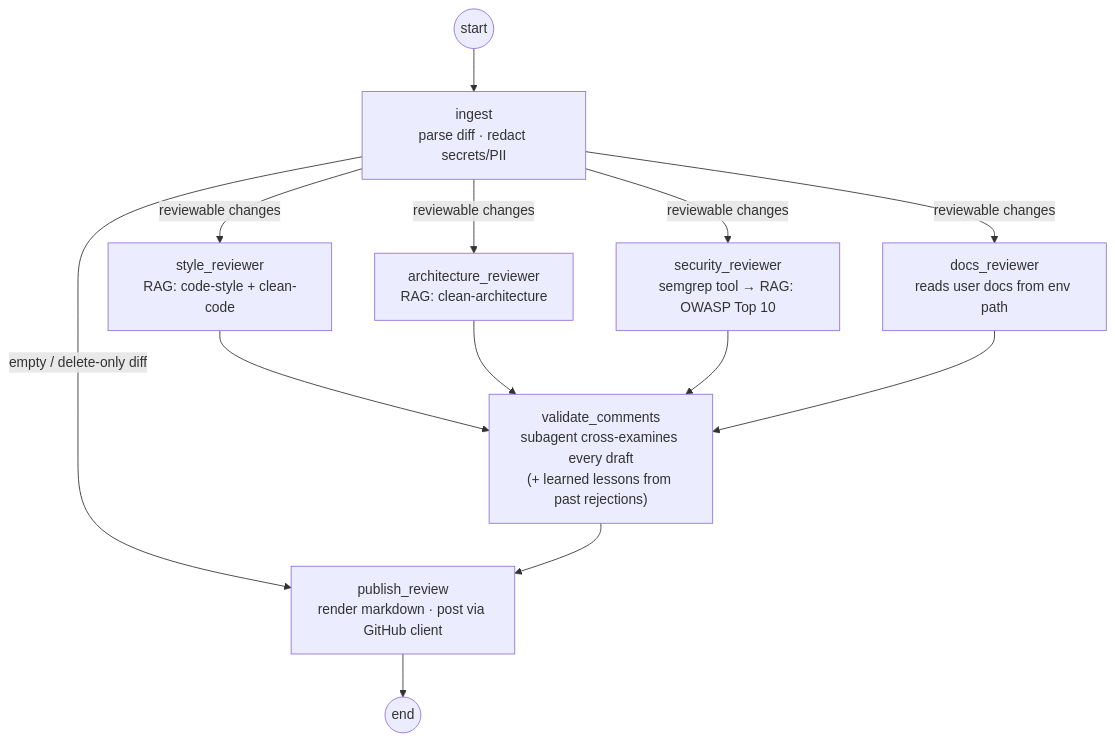
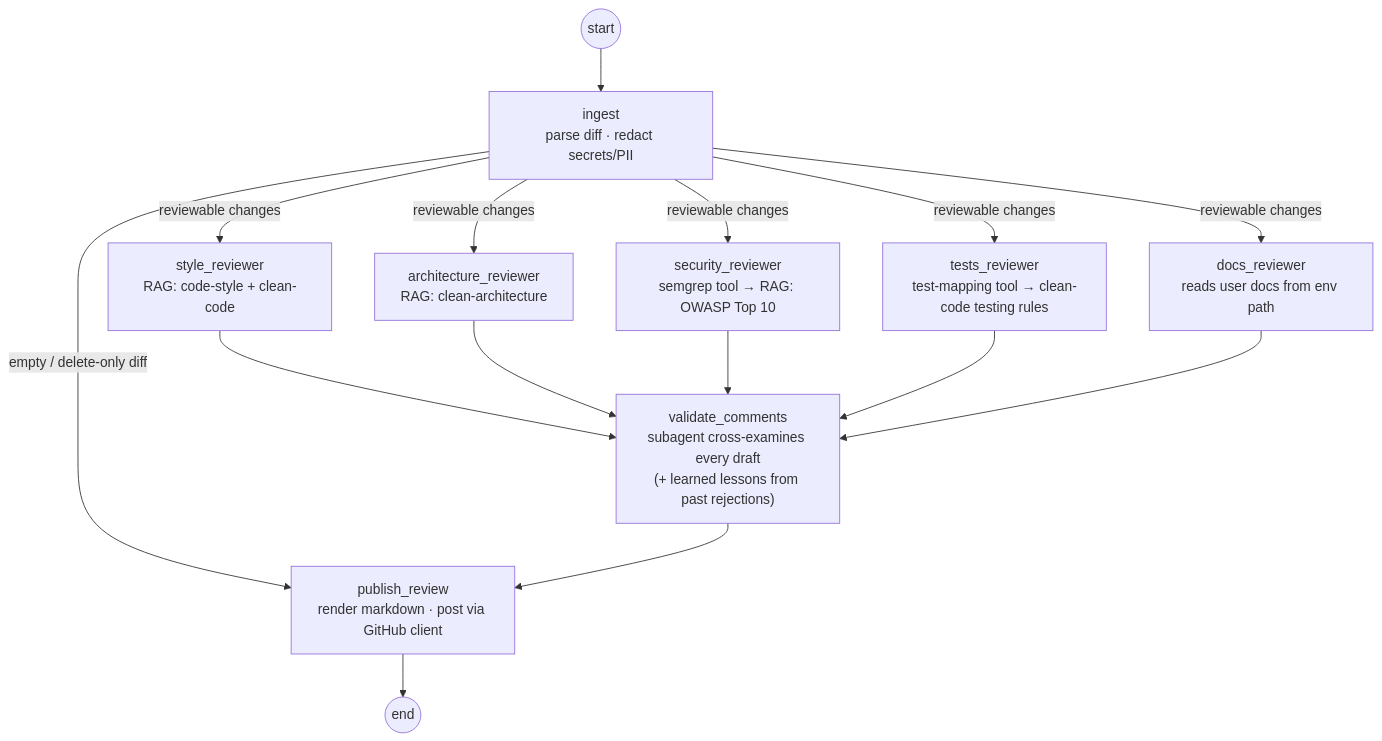
The first of 2 diagrams in README.md (oscardaly/pr-review-agent), drawn with Mermaid before and after one commit. The commit also changed other lines of this file and 18 other files, not shown here.

First line of the commit message:
feat: tests reviewer with test-mapping tool; rejections become eval regression cases

````diff
--- a/README.md
+++ b/README.md
@@ -55,15 +57,17 @@
 ```mermaid
 flowchart TD
     START((start)) --> ingest["ingest\nparse diff · redact secrets/PII"]
     ingest -- "reviewable changes" --> styl["style_reviewer\nRAG: code-style + clean-code"]
     ingest -- "reviewable changes" --> arch["architecture_reviewer\nRAG: clean-architecture"]
     ingest -- "reviewable changes" --> sec["security_reviewer\nsemgrep tool → RAG: OWASP Top 10"]
+    ingest -- "reviewable changes" --> tst["tests_reviewer\ntest-mapping tool → clean-code testing rules"]
     ingest -- "reviewable changes" --> docs["docs_reviewer\nreads user docs from env path"]
     ingest -- "empty / delete-only diff" --> publish
     styl --> validate["validate_comments\nsubagent cross-examines every draft\n(+ learned lessons from past rejections)"]
     arch --> validate
     sec --> validate
+    tst --> validate
     docs --> validate
     validate --> publish["publish_review\nrender markdown · post via GitHub client"]
     publish --> END(("end"))
 ```
````
